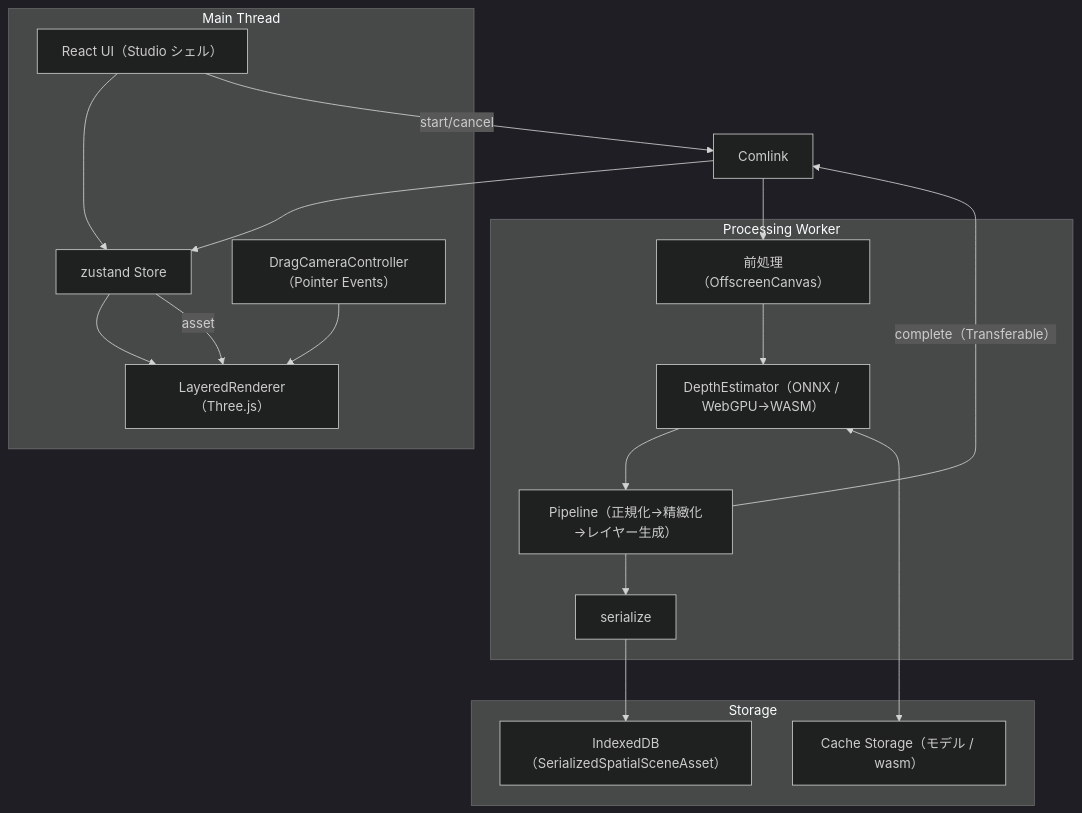
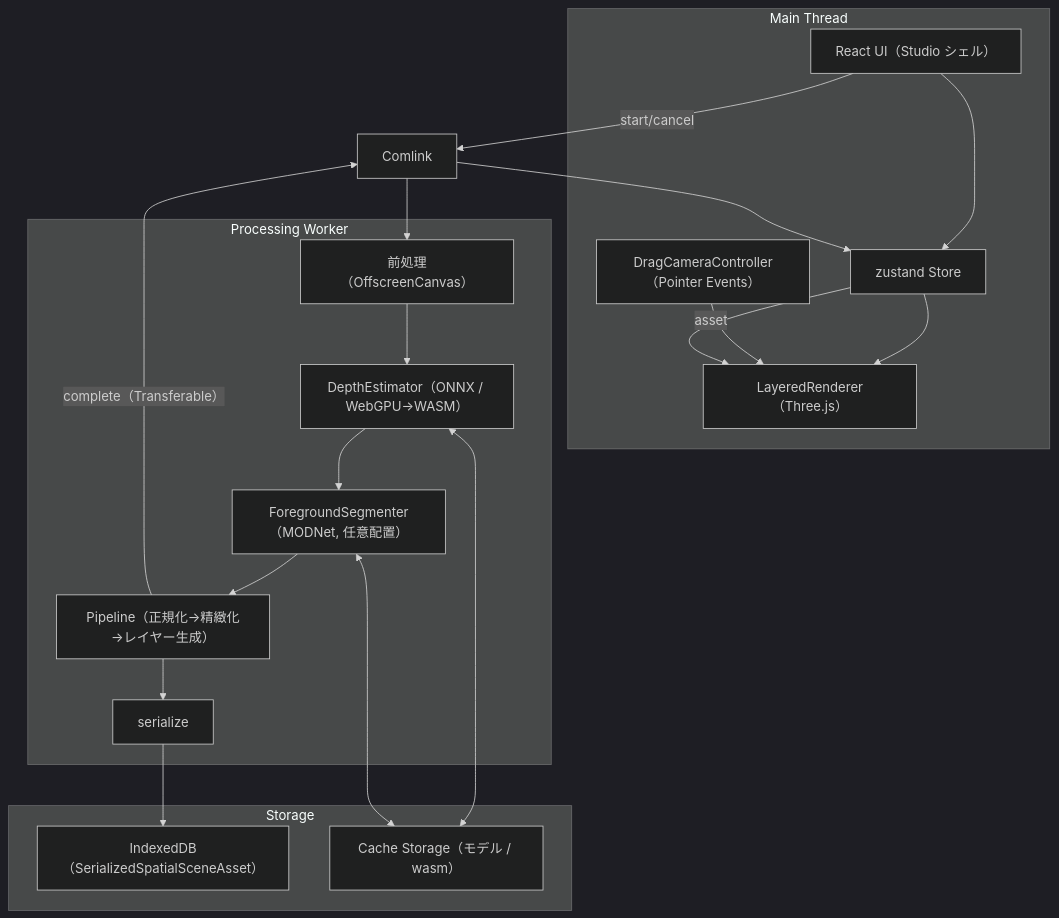
The diagram in docs/01-Overview.md (antaku66/parallax-image-generator), drawn with Mermaid before and after one commit. The commit also changed other lines of this file and 24 other files, not shown here.

````diff
--- a/docs/01-Overview.md
+++ b/docs/01-Overview.md
@@ -53,34 +54,36 @@
 ```mermaid
 %%{init: {'theme':'dark'}}%%
 flowchart TB
     subgraph Main["Main Thread"]
         UI["React UI（Studio シェル）"]
         Store["zustand Store"]
         Renderer["LayeredRenderer（Three.js）"]
         Drag["DragCameraController（Pointer Events）"]
     end
 
     Comlink["Comlink"]
 
     subgraph Worker["Processing Worker"]
         Pre["前処理（OffscreenCanvas）"]
         Depth["DepthEstimator（ONNX / WebGPU→WASM）"]
+        Seg["ForegroundSegmenter（MODNet, 任意配置）"]
         Pipe["Pipeline（正規化→精緻化→レイヤー生成）"]
         Ser["serialize"]
     end
 
     subgraph Storage["Storage"]
         IDB["IndexedDB（SerializedSpatialSceneAsset）"]
         Cache["Cache Storage（モデル / wasm）"]
     end
 
     UI --> Store
     Store --> Renderer
     Drag --> Renderer
     UI -->|start/cancel| Comlink
-    Comlink --> Pre --> Depth --> Pipe --> Ser
+    Comlink --> Pre --> Depth --> Seg --> Pipe --> Ser
     Depth <--> Cache
+    Seg <--> Cache
     Ser --> IDB
     Pipe -->|"complete（Transferable）"| Comlink --> Store
     Store -->|asset| Renderer
 ```
````
